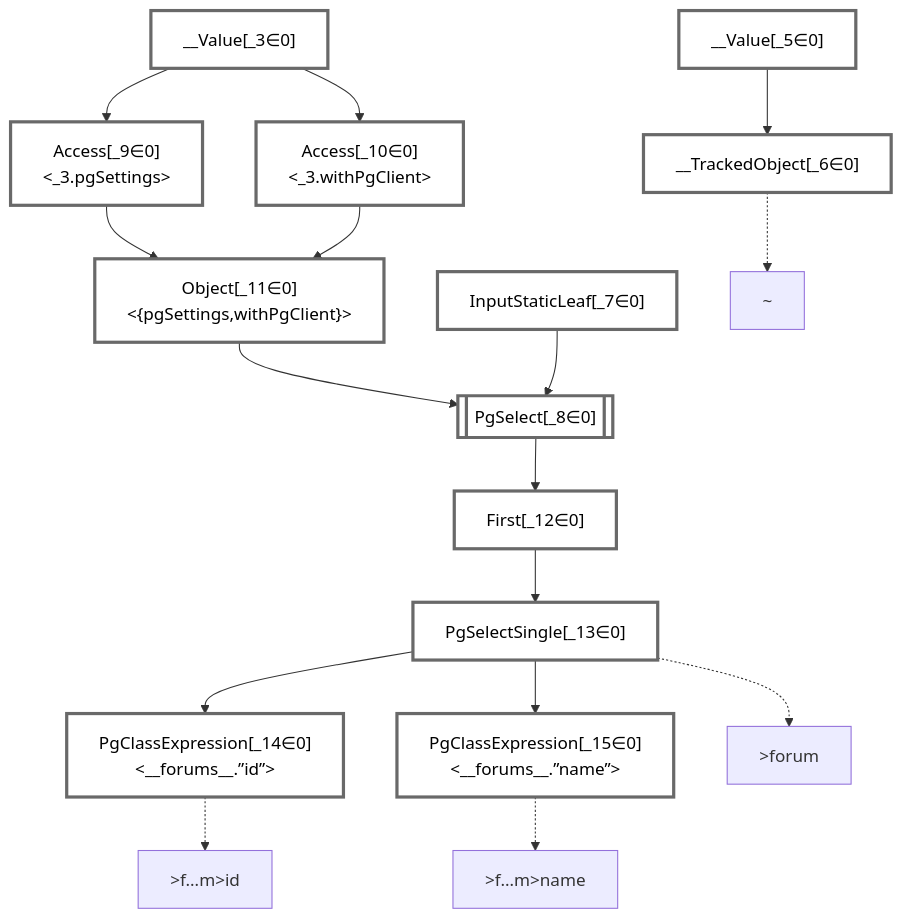
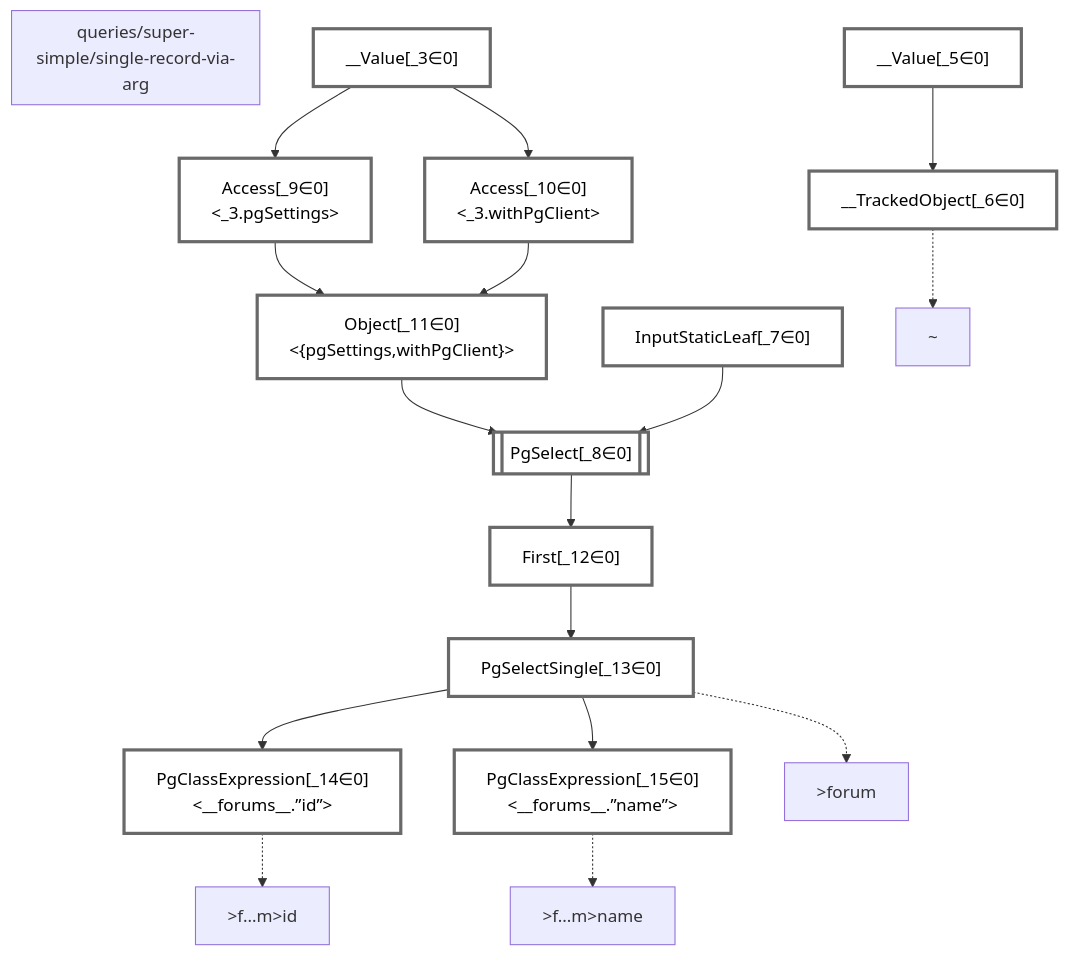
Before and after one commit to graphile/crystal: the diagram in packages/dataplan-pg/__tests__/queries/super-simple/single-record-via-arg.mermaid.md, drawn with Mermaid. The commit also changed 195 other files, not shown here.

````diff
--- a/packages/dataplan-pg/__tests__/queries/super-simple/single-record-via-arg.mermaid.md
+++ b/packages/dataplan-pg/__tests__/queries/super-simple/single-record-via-arg.mermaid.md
@@ -1,50 +1,52 @@
 ```mermaid
 graph TD
+    subgraph "queries/super-simple/single-record-via-arg"
+    end
     classDef path fill:#eee,stroke:#000,color:#000
     classDef plan fill:#fff,stroke-width:3px,color:#000
     classDef itemplan fill:#fff,stroke-width:6px,color:#000
     classDef sideeffectplan fill:#f00,stroke-width:6px,color:#000
     classDef bucket fill:#f6f6f6,color:#000,stroke-width:6px,text-align:left
 
 
     %% define plans
     __Value_3["__Value[_3∈0]<br /><context>"]:::plan
     __Value_5["__Value[_5∈0]<br /><rootValue>"]:::plan
     __TrackedObject_6["__TrackedObject[_6∈0]"]:::plan
     InputStaticLeaf_7["InputStaticLeaf[_7∈0]"]:::plan
     PgSelect_8[["PgSelect[_8∈0]<br /><forums>"]]:::plan
     Access_9["Access[_9∈0]<br /><_3.pgSettings>"]:::plan
     Access_10["Access[_10∈0]<br /><_3.withPgClient>"]:::plan
     Object_11["Object[_11∈0]<br /><{pgSettings,withPgClient}>"]:::plan
     First_12["First[_12∈0]"]:::plan
     PgSelectSingle_13["PgSelectSingle[_13∈0]<br /><forums>"]:::plan
     PgClassExpression_14["PgClassExpression[_14∈0]<br /><__forums__.”id”>"]:::plan
     PgClassExpression_15["PgClassExpression[_15∈0]<br /><__forums__.”name”>"]:::plan
 
     %% plan dependencies
     __Value_5 --> __TrackedObject_6
     Object_11 --> PgSelect_8
     InputStaticLeaf_7 --> PgSelect_8
     __Value_3 --> Access_9
     __Value_3 --> Access_10
     Access_9 --> Object_11
     Access_10 --> Object_11
     PgSelect_8 --> First_12
     First_12 --> PgSelectSingle_13
     PgSelectSingle_13 --> PgClassExpression_14
     PgSelectSingle_13 --> PgClassExpression_15
 
     %% plan-to-path relationships
     P_6["~"]
     __TrackedObject_6 -.-> P_6
     P_13[">forum"]
     PgSelectSingle_13 -.-> P_13
     P_14[">f…m>id"]
     PgClassExpression_14 -.-> P_14
     P_15[">f…m>name"]
     PgClassExpression_15 -.-> P_15
 
     %% allocate buckets
     classDef bucket0 stroke:#696969
     class __Value_3,__Value_5,__TrackedObject_6,InputStaticLeaf_7,PgSelect_8,Access_9,Access_10,Object_11,First_12,PgSelectSingle_13,PgClassExpression_14,PgClassExpression_15 bucket0
 ```
````
